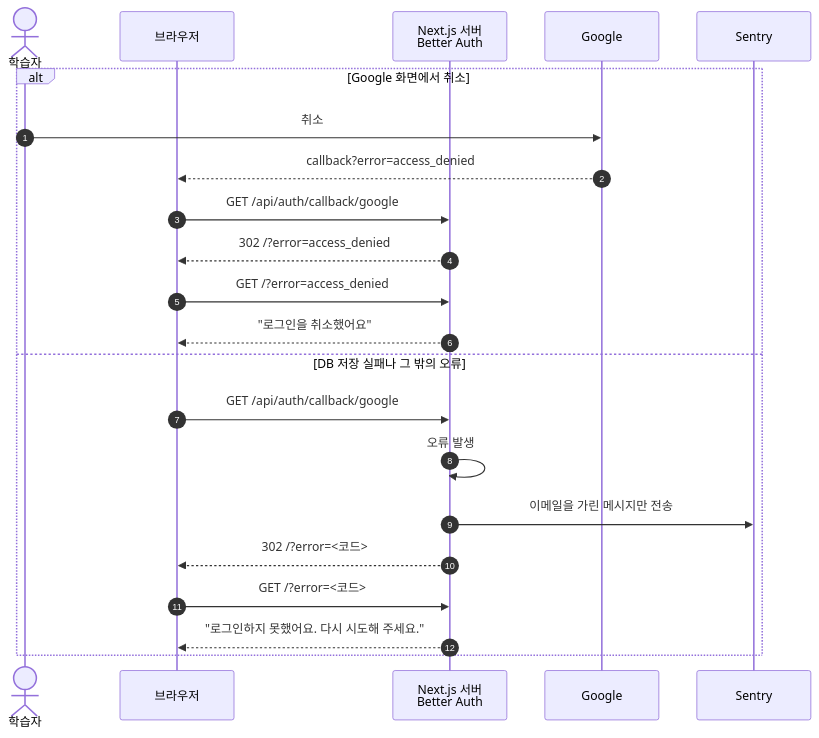
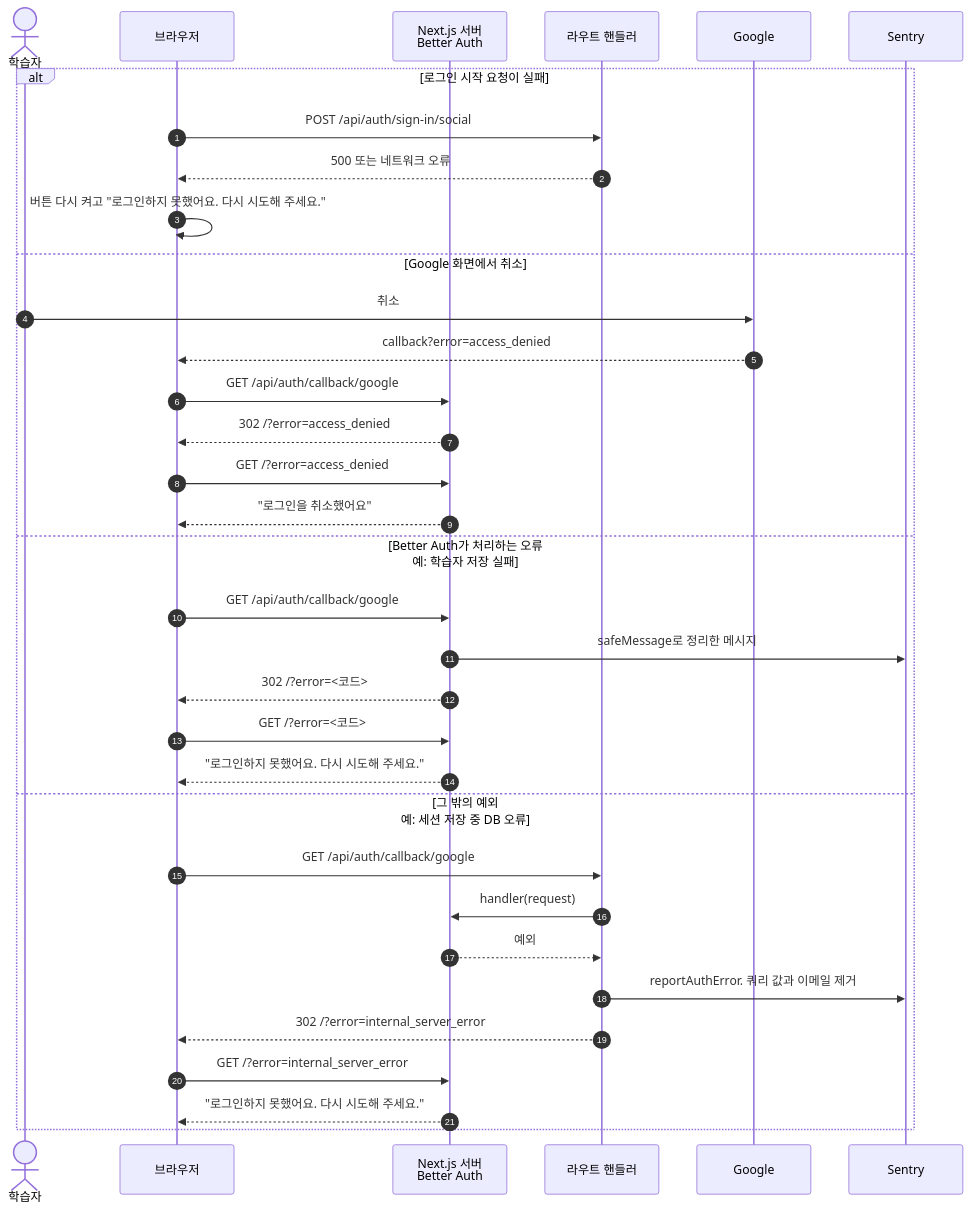
One commit to hm1n/silo-4th changed the third of 6 diagrams in _docs/output/2026-11-02-social-login-design.md. Above: the diagram before and after it, drawn with Mermaid. The commit also changed other lines of this file and 4 other files, not shown here.

````diff
--- a/_docs/output/2026-11-02-social-login-design.md
+++ b/_docs/output/2026-11-02-social-login-design.md
@@ -112,25 +131,37 @@
 ```mermaid
 sequenceDiagram
   autonumber
   actor L as 학습자
   participant B as 브라우저
   participant S as Next.js 서버<br/>Better Auth
+  participant R as 라우트 핸들러
   participant G as Google
   participant SE as Sentry
 
-  alt Google 화면에서 취소
+  alt 로그인 시작 요청이 실패
+    B->>R: POST /api/auth/sign-in/social
+    R-->>B: 500 또는 네트워크 오류
+    B->>B: 버튼 다시 켜고 "로그인하지 못했어요. 다시 시도해 주세요."
+  else Google 화면에서 취소
     L->>G: 취소
     G-->>B: callback?error=access_denied
     B->>S: GET /api/auth/callback/google
     S-->>B: 302 /?error=access_denied
     B->>S: GET /?error=access_denied
     S-->>B: "로그인을 취소했어요"
-  else DB 저장 실패나 그 밖의 오류
+  else Better Auth가 처리하는 오류<br/>예: 학습자 저장 실패
     B->>S: GET /api/auth/callback/google
-    S->>S: 오류 발생
-    S->>SE: 이메일을 가린 메시지만 전송
+    S->>SE: safeMessage로 정리한 메시지
     S-->>B: 302 /?error=<코드>
     B->>S: GET /?error=<코드>
     S-->>B: "로그인하지 못했어요. 다시 시도해 주세요."
+  else 그 밖의 예외<br/>예: 세션 저장 중 DB 오류
+    B->>R: GET /api/auth/callback/google
+    R->>S: handler(request)
+    S-->>R: 예외
+    R->>SE: reportAuthError. 쿼리 값과 이메일 제거
+    R-->>B: 302 /?error=internal_server_error
+    B->>S: GET /?error=internal_server_error
+    S-->>B: "로그인하지 못했어요. 다시 시도해 주세요."
   end
 ```
````
